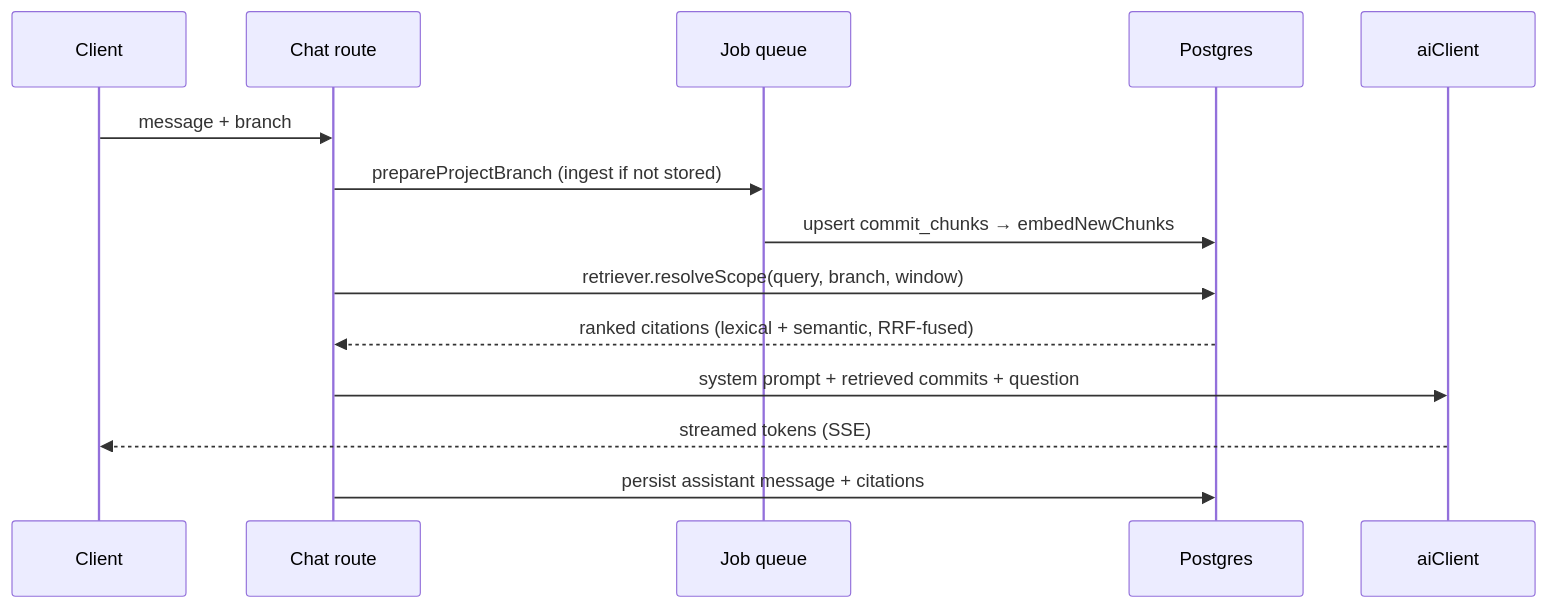
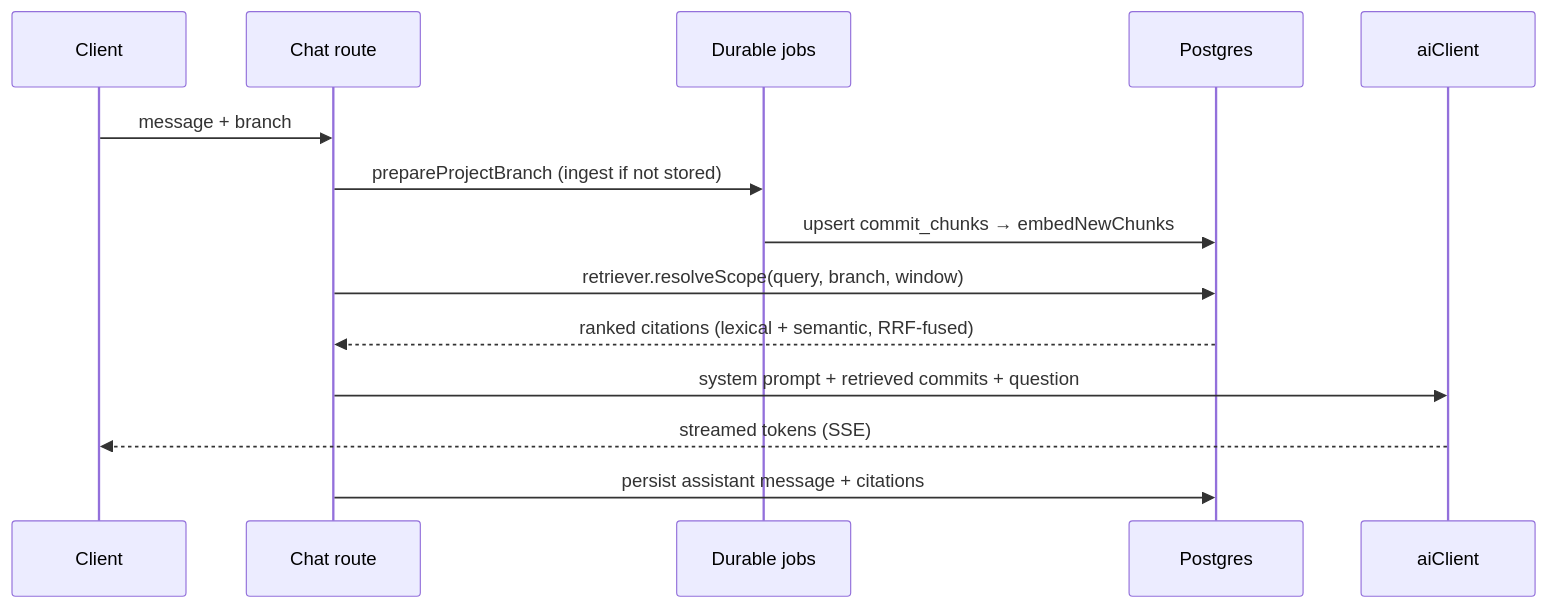
The second of 5 diagrams in docs/architecture.md (franciscoluna-28/Scrapecat), drawn with Mermaid before and after one commit. The commit also changed other lines of this file and 7 other files, not shown here.

First line of the commit message:
docs: document fs-only clones and durable jobs

````diff
--- a/docs/architecture.md
+++ b/docs/architecture.md
@@ -48,17 +48,17 @@
 ```mermaid
 sequenceDiagram
     participant C as Client
     participant API as Chat route
-    participant Q as Job queue
+    participant Q as Durable jobs
     participant DB as Postgres
     participant LLM as aiClient
 
     C->>API: message + branch
     API->>Q: prepareProjectBranch (ingest if not stored)
     Q->>DB: upsert commit_chunks → embedNewChunks
     API->>DB: retriever.resolveScope(query, branch, window)
     DB-->>API: ranked citations (lexical + semantic, RRF-fused)
     API->>LLM: system prompt + retrieved commits + question
     LLM-->>C: streamed tokens (SSE)
     API->>DB: persist assistant message + citations
 ```
````
